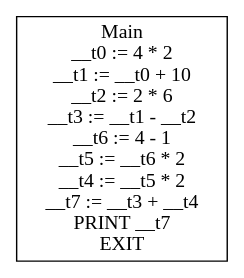
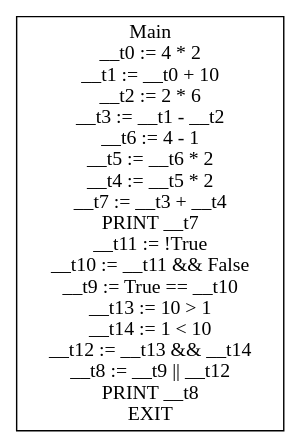
Before and after one commit to KarmaSora/Compiler: the diagram in gettingStarted/cfg.dot, drawn with Graphviz. The commit also changed 12 other files, not shown here.

```diff
--- a/gettingStarted/cfg.dot
+++ b/gettingStarted/cfg.dot
@@ -1,5 +1,5 @@
 digraph CFG {
 graph [splines=ortho];
 node [shape=box];
-Main [label="Main\n__t0 := 4 * 2\n__t1 := __t0 + 10\n__t2 := 2 * 6\n__t3 := __t1 - __t2\n__t6 := 4 - 1\n__t5 := __t6 * 2\n__t4 := __t5 * 2\n__t7 := __t3 + __t4\nPRINT __t7\nEXIT\n"];
+Main [label="Main\n__t0 := 4 * 2\n__t1 := __t0 + 10\n__t2 := 2 * 6\n__t3 := __t1 - __t2\n__t6 := 4 - 1\n__t5 := __t6 * 2\n__t4 := __t5 * 2\n__t7 := __t3 + __t4\nPRINT __t7\n__t11 := !True\n__t10 := __t11 && False\n__t9 := True == __t10\n__t13 := 10 > 1\n__t14 := 1 < 10\n__t12 := __t13 && __t14\n__t8 := __t9 || __t12\nPRINT __t8\nEXIT\n"];
 }
```
